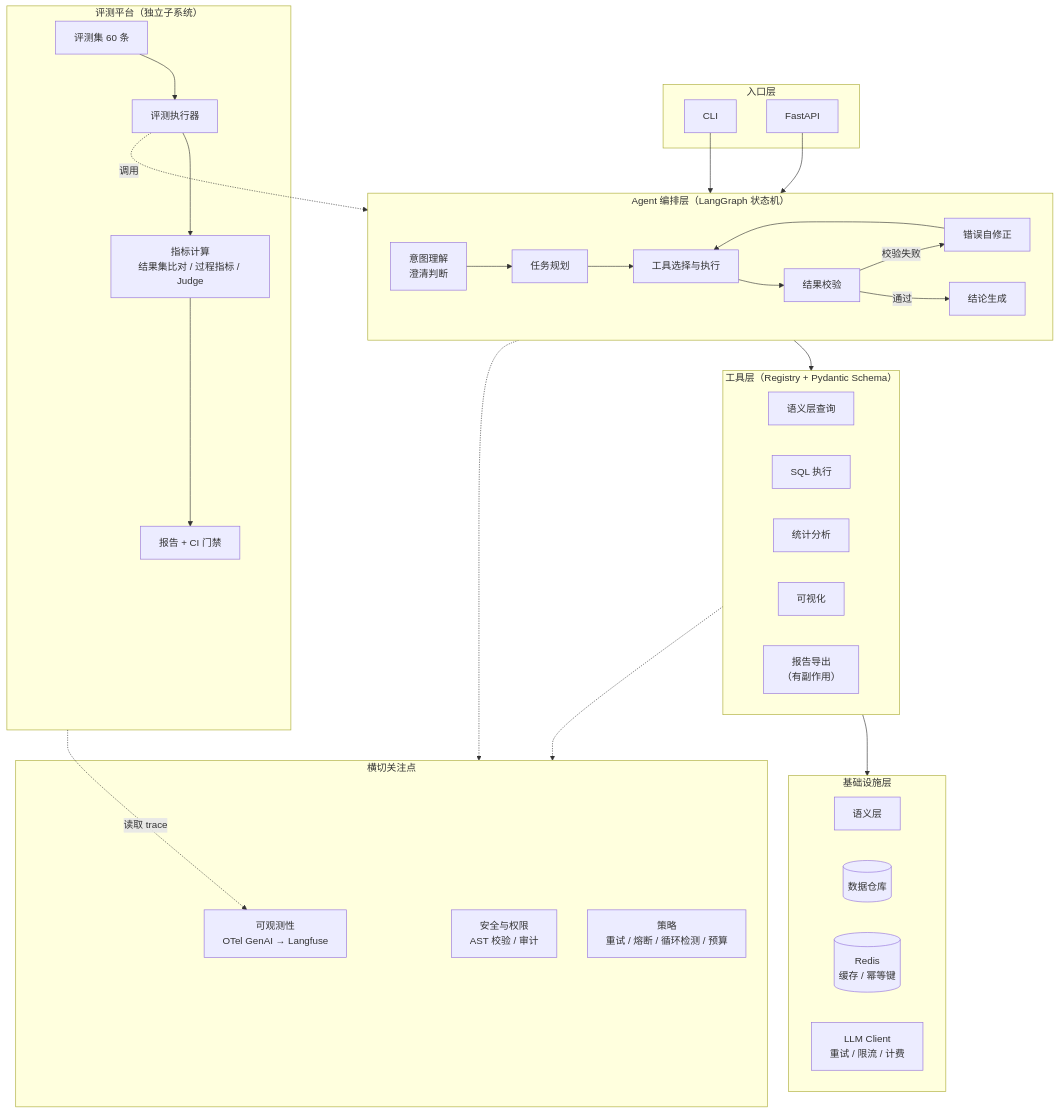
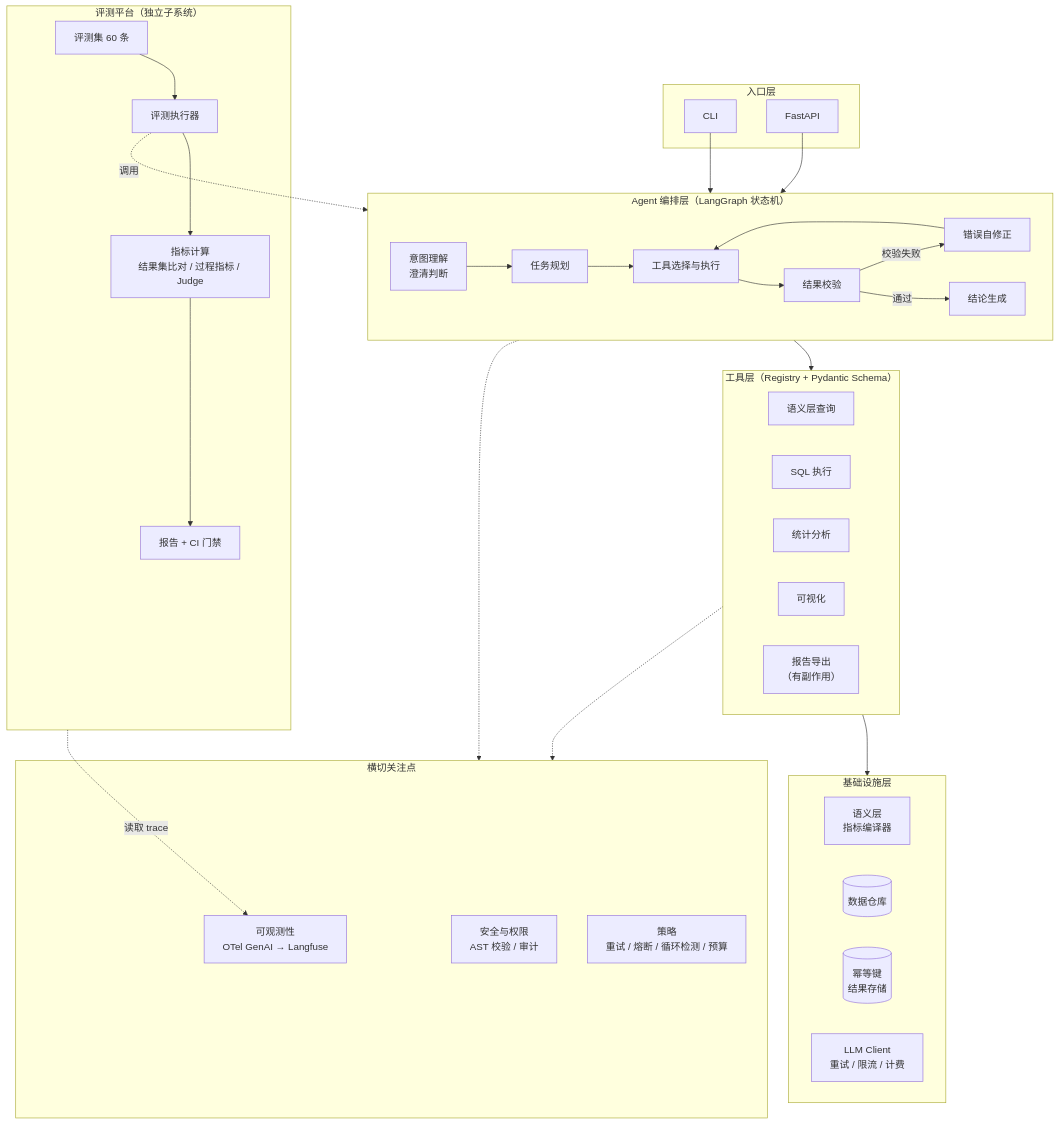
One commit to xingkai-song/data-agent changed the diagram in docs/项目架构-数据分析Agent.md. Above: the diagram before and after it, drawn with Mermaid. The commit also changed other lines of this file and 17 other files, not shown here.

````diff
--- a/docs/项目架构-数据分析Agent.md
+++ b/docs/项目架构-数据分析Agent.md
@@ -14,52 +18,52 @@
 ```mermaid
 flowchart TB
     subgraph L1["入口层"]
         CLI["CLI"]
         API["FastAPI"]
     end
 
     subgraph L2["Agent 编排层（LangGraph 状态机）"]
         U["意图理解<br/>澄清判断"] --> P["任务规划"]
         P --> A["工具选择与执行"]
         A --> V["结果校验"]
         V -->|校验失败| R["错误自修正"]
         R --> A
         V -->|通过| S["结论生成"]
     end
 
     subgraph L3["工具层（Registry + Pydantic Schema）"]
         T1["语义层查询"]
         T2["SQL 执行"]
         T3["统计分析"]
         T4["可视化"]
         T5["报告导出<br/>（有副作用）"]
     end
 
     subgraph L4["基础设施层"]
-        SL["语义层"]
+        SL["语义层<br/>指标编译器"]
         DB[("数据仓库")]
-        RD[("Redis<br/>缓存 / 幂等键")]
+        RD[("幂等键<br/>结果存储")]
         LLM["LLM Client<br/>重试 / 限流 / 计费"]
     end
 
     subgraph X["横切关注点"]
         OB["可观测性<br/>OTel GenAI → Langfuse"]
         SF["安全与权限<br/>AST 校验 / 审计"]
         PO["策略<br/>重试 / 熔断 / 循环检测 / 预算"]
     end
 
     subgraph E["评测平台（独立子系统）"]
         ED["评测集 60 条"] --> ER["评测执行器"]
         ER --> EM["指标计算<br/>结果集比对 / 过程指标 / Judge"]
         EM --> RP["报告 + CI 门禁"]
     end
 
     CLI --> L2
     API --> L2
     L2 --> L3
     L3 --> L4
     L2 -.-> X
     L3 -.-> X
     E -.->|读取 trace| OB
     ER -.->|调用| L2
 ```
````
